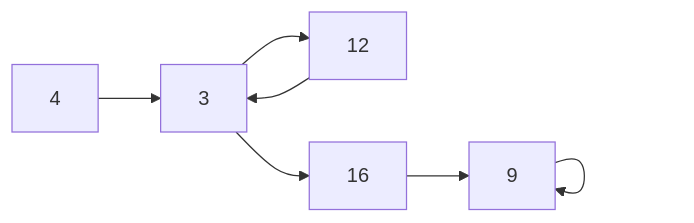
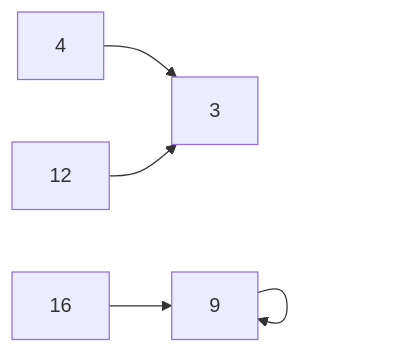
The diagram in remove-duplicates-from-a-linked-list.md (Jeffrey-S-Smith/reading-notes-401), drawn with Mermaid before and after one commit.

````diff
--- a/remove-duplicates-from-a-linked-list.md
+++ b/remove-duplicates-from-a-linked-list.md
@@ -15,9 +15,6 @@
 ```mermaid
 flowchart LR 
      4 --> 3 
-    3 --> 12
     12 --> 3
-    3 --> 16
-    16 --> 9
-    9 --> 9
+     16 --> 9 --> 9
 ```
````
